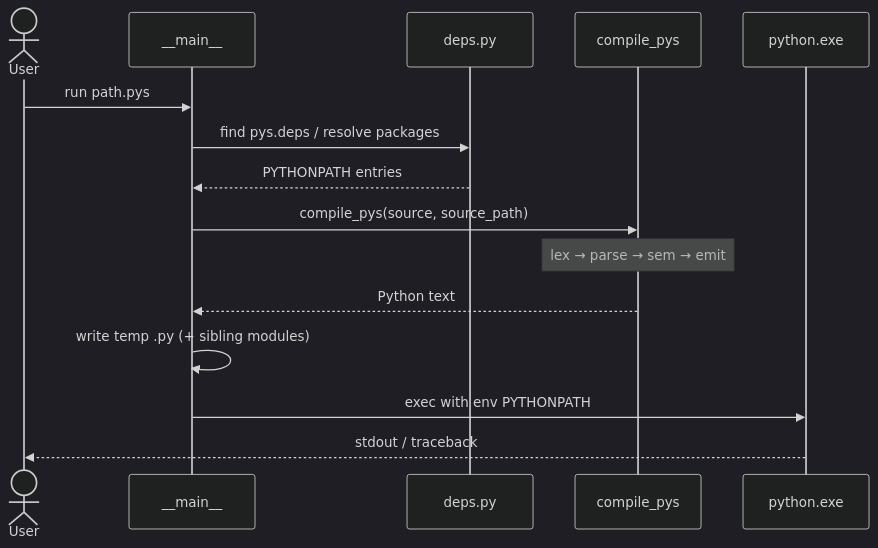
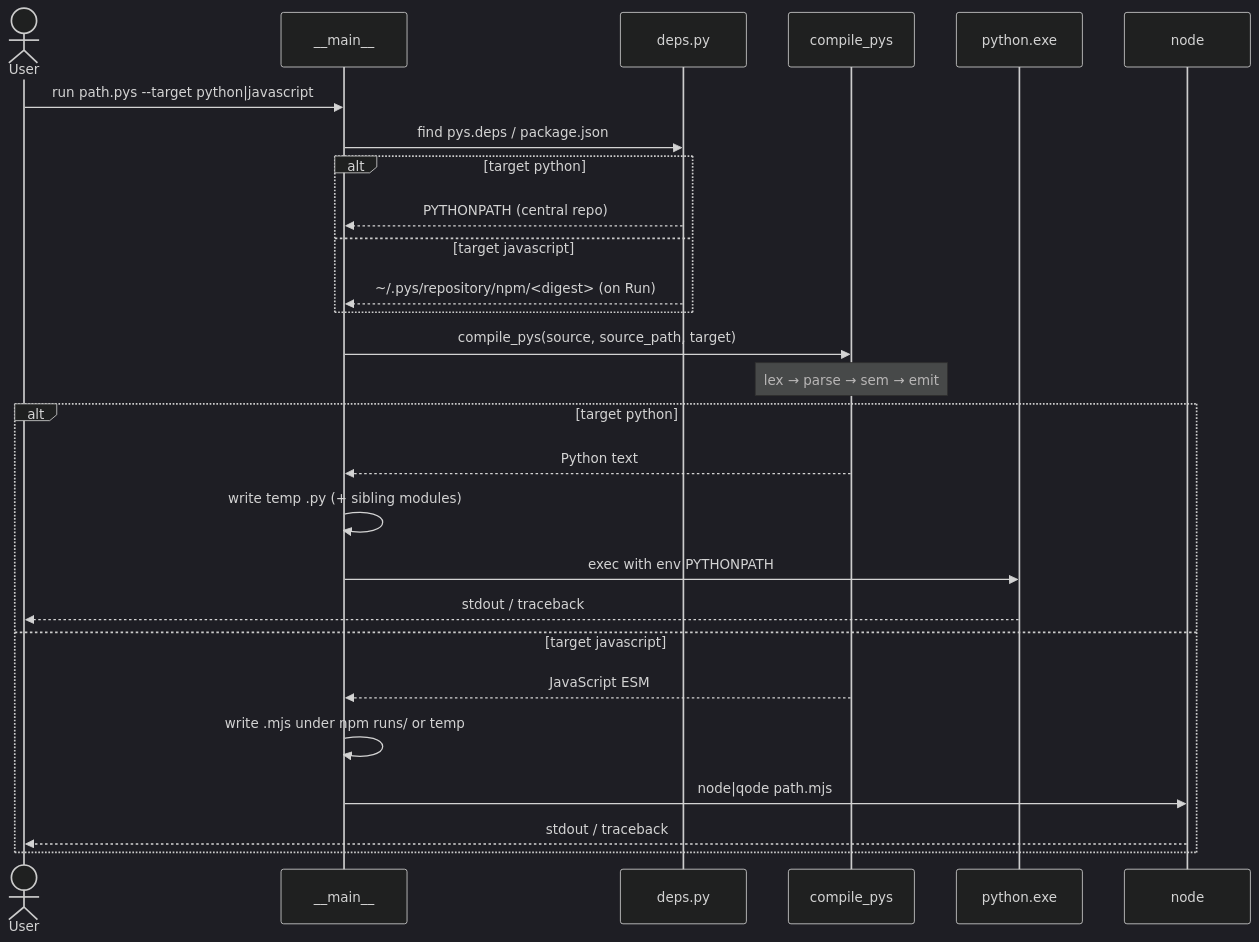
The fourth of 7 diagrams in docs/ARCHITECTURE.md (remideboer/pys), drawn with Mermaid (dark theme) before and after one commit. The commit also changed other lines of this file and 175 other files, not shown here.

First line of the commit message:
feat: JavaScript emit target, unified pys.toml, and Run Project

````diff
--- a/docs/ARCHITECTURE.md
+++ b/docs/ARCHITECTURE.md
@@ -136,18 +151,30 @@
 ```mermaid
 sequenceDiagram
   actor User
   participant CLI as __main__
   participant Deps as deps.py
   participant Pipe as compile_pys
   participant Py as python.exe
+  participant Node as node
 
-  User->>CLI: run path.pys
-  CLI->>Deps: find pys.deps / resolve packages
-  Deps-->>CLI: PYTHONPATH entries
-  CLI->>Pipe: compile_pys(source, source_path)
+  User->>CLI: run path.pys --target python|javascript
+  CLI->>Deps: find pys.deps / package.json
+  alt target python
+    Deps-->>CLI: PYTHONPATH (central repo)
+  else target javascript
+    Deps-->>CLI: ~/.pys/repository/npm/<digest> (on Run)
+  end
+  CLI->>Pipe: compile_pys(source, source_path, target)
   Note over Pipe: lex → parse → sem → emit
-  Pipe-->>CLI: Python text
-  CLI->>CLI: write temp .py (+ sibling modules)
-  CLI->>Py: exec with env PYTHONPATH
-  Py-->>User: stdout / traceback
+  alt target python
+    Pipe-->>CLI: Python text
+    CLI->>CLI: write temp .py (+ sibling modules)
+    CLI->>Py: exec with env PYTHONPATH
+    Py-->>User: stdout / traceback
+  else target javascript
+    Pipe-->>CLI: JavaScript ESM
+    CLI->>CLI: write .mjs under npm runs/ or temp
+    CLI->>Node: node|qode path.mjs
+    Node-->>User: stdout / traceback
+  end
 ```
````
